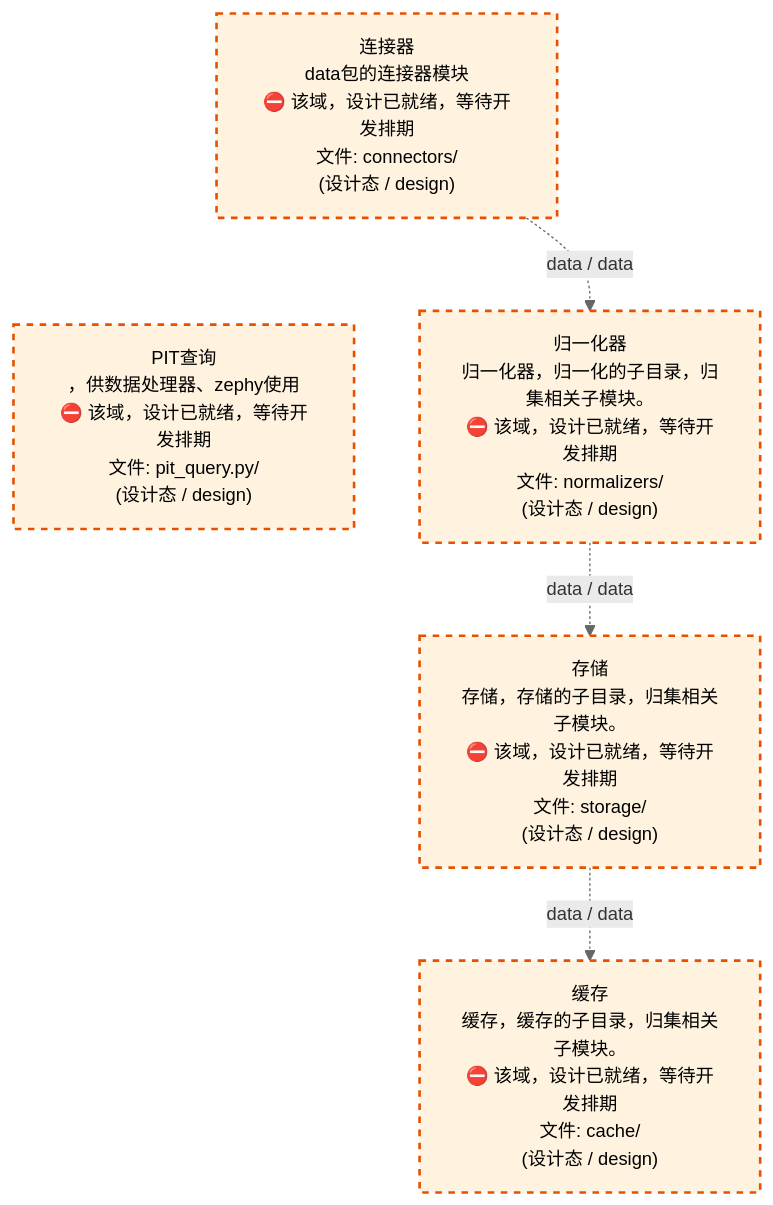
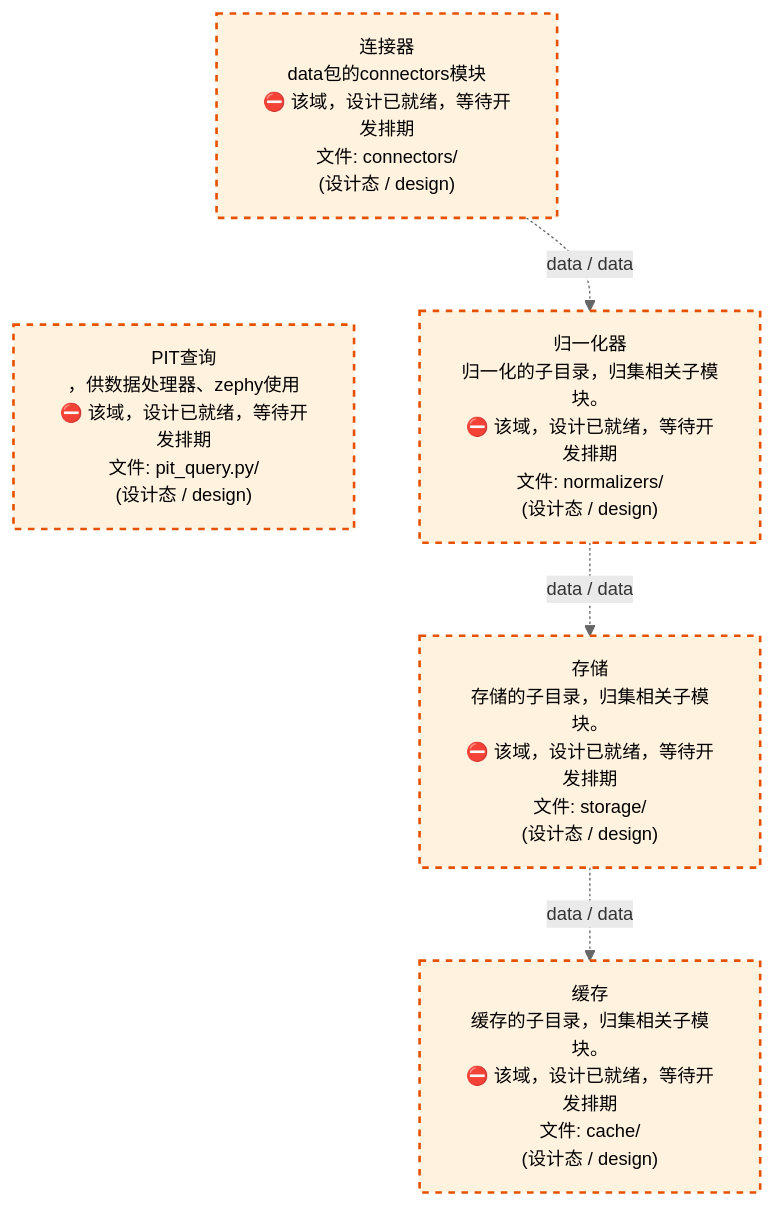
One commit to xuanFelixVan/ZephyrAlpha changed the third of 4 diagrams in docs/02_enterprise_architecture/02_domain_architecture_docs/11_d_data.md. Above: the diagram before and after it, drawn with Mermaid. The commit also changed other lines of this file and 61 other files, not shown here.

````diff
--- a/docs/02_enterprise_architecture/02_domain_architecture_docs/11_d_data.md
+++ b/docs/02_enterprise_architecture/02_domain_architecture_docs/11_d_data.md
@@ -1293,18 +1293,18 @@
 ```mermaid
 %%{init: {'theme': 'base', 'themeVariables': {'primaryColor': '#eaeaea', 'primaryTextColor': '#333333', 'primaryBorderColor': '#666666', 'lineColor': '#666666', 'secondaryColor': '#eaeaea', 'tertiaryColor': '#eaeaea', 'fontSize': '14px'}}}%%
 flowchart TD
-    src_zephyr_data_connectors["连接器<br/>data包的连接器模块<br/>⛔ 该域，设计已就绪，等待开发排期<br/>文件: connectors/<br/>(设计态 / design)"]
+    src_zephyr_data_connectors["连接器<br/>data包的connectors模块<br/>⛔ 该域，设计已就绪，等待开发排期<br/>文件: connectors/<br/>(设计态 / design)"]
     src_zephyr_data_pit_query_py["PIT查询<br/>，供数据处理器、zephy使用<br/>⛔ 该域，设计已就绪，等待开发排期<br/>文件: pit_query.py/<br/>(设计态 / design)"]
     src_zephyr_data_connectors ~~~ src_zephyr_data_pit_query_py
-    src_zephyr_data_normalizers["归一化器<br/>归一化器，归一化的子目录，归集相关子模块。<br/>⛔ 该域，设计已就绪，等待开发排期<br/>文件: normalizers/<br/>(设计态 / design)"]
-    src_zephyr_data_storage["存储<br/>存储，存储的子目录，归集相关子模块。<br/>⛔ 该域，设计已就绪，等待开发排期<br/>文件: storage/<br/>(设计态 / design)"]
-    src_zephyr_data_cache["缓存<br/>缓存，缓存的子目录，归集相关子模块。<br/>⛔ 该域，设计已就绪，等待开发排期<br/>文件: cache/<br/>(设计态 / design)"]
+    src_zephyr_data_normalizers["归一化器<br/>归一化的子目录，归集相关子模块。<br/>⛔ 该域，设计已就绪，等待开发排期<br/>文件: normalizers/<br/>(设计态 / design)"]
+    src_zephyr_data_storage["存储<br/>存储的子目录，归集相关子模块。<br/>⛔ 该域，设计已就绪，等待开发排期<br/>文件: storage/<br/>(设计态 / design)"]
+    src_zephyr_data_cache["缓存<br/>缓存的子目录，归集相关子模块。<br/>⛔ 该域，设计已就绪，等待开发排期<br/>文件: cache/<br/>(设计态 / design)"]
     src_zephyr_data_connectors -.->|data / data| src_zephyr_data_normalizers
     src_zephyr_data_normalizers -.->|data / data| src_zephyr_data_storage
     src_zephyr_data_storage -.->|data / data| src_zephyr_data_cache
     classDef production fill:#e1f5fe,stroke:#01579b,stroke-width:2px,color:#000
     classDef design fill:#fff3e0,stroke:#e65100,stroke-width:2px,color:#000,stroke-dasharray: 5 5
     classDef external_prod fill:#e8f4fd,stroke:#0277bd,stroke-width:1px,color:#000
     classDef external_design fill:#fff8e7,stroke:#ef6c00,stroke-width:1px,color:#000,stroke-dasharray: 5 5
     class src_zephyr_data_cache,src_zephyr_data_connectors,src_zephyr_data_normalizers,src_zephyr_data_pit_query_py,src_zephyr_data_storage design
 ```
````
